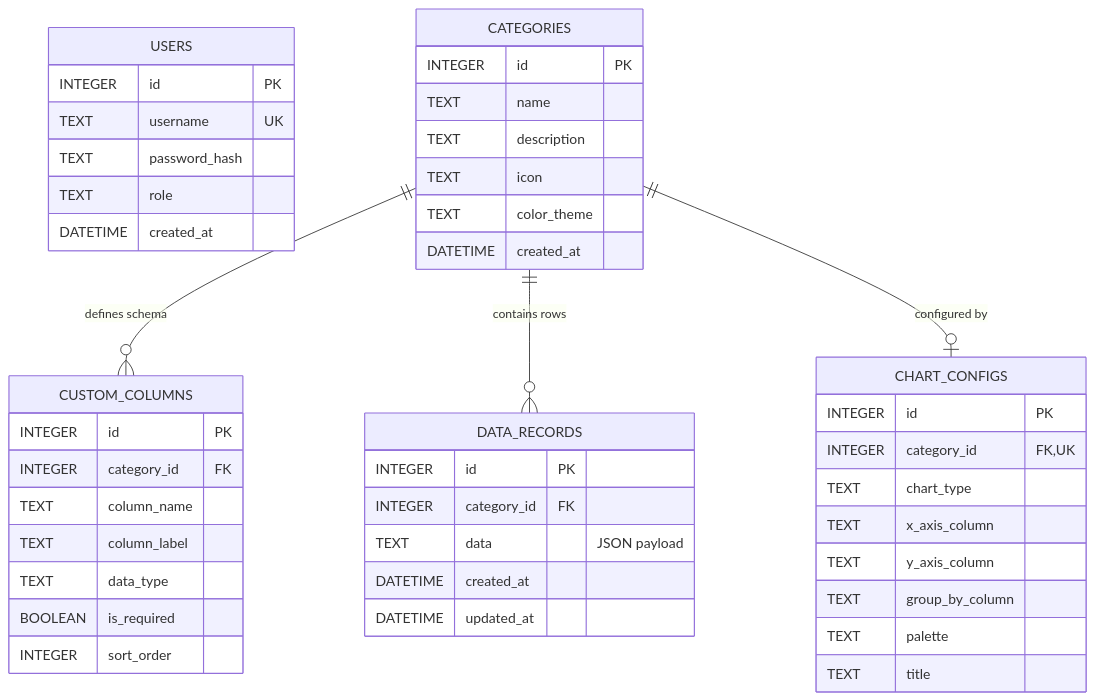
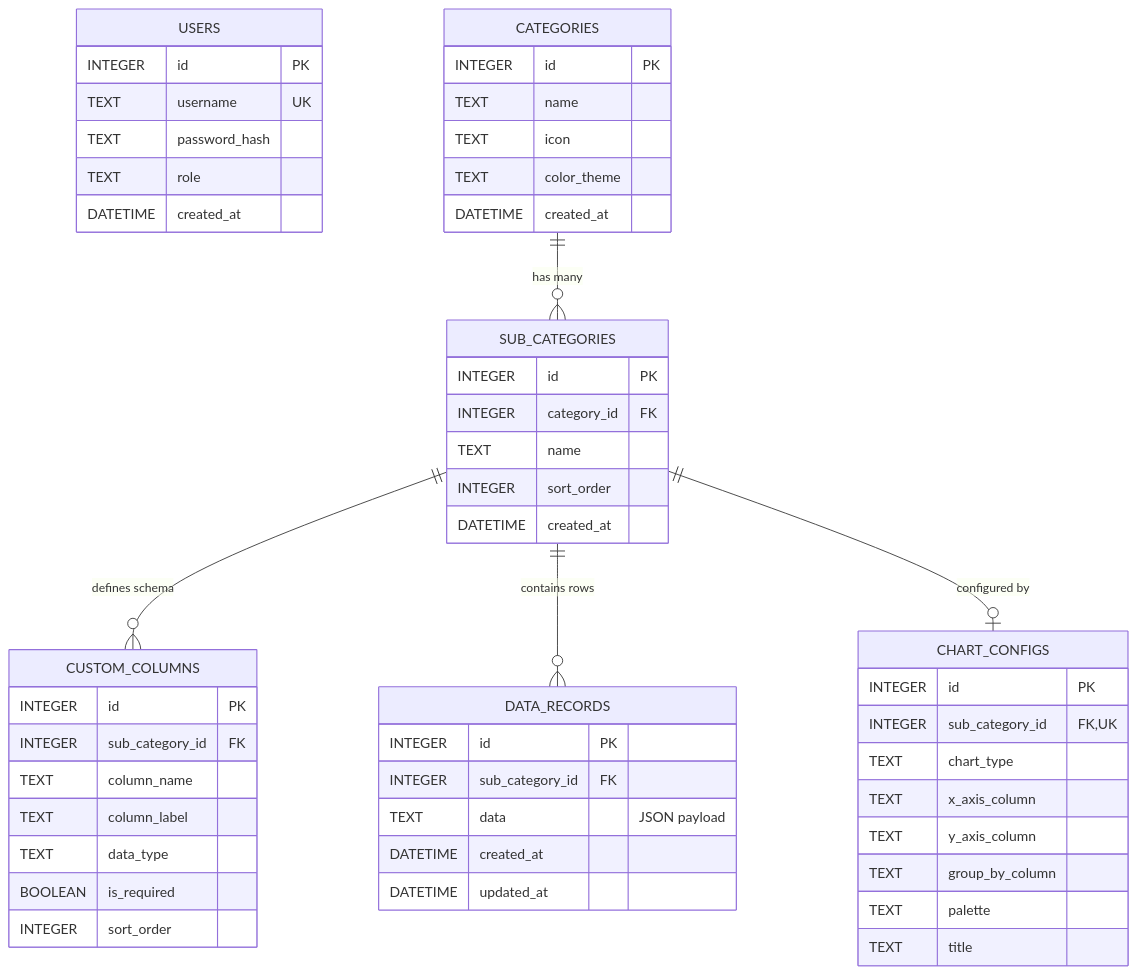
One commit to emenace/stat-pview changed the diagram in database_schema.md. Above: the diagram before and after it, drawn with Mermaid. The commit also changed other lines of this file and 25 other files, not shown here.

Commit message:
overhaul data with category and sub-category

````diff
--- a/database_schema.md
+++ b/database_schema.md
@@ -11,52 +11,60 @@
 ```mermaid
 erDiagram
     USERS {
         INTEGER id PK
         TEXT username UK
         TEXT password_hash
         TEXT role
         DATETIME created_at
     }
 
     CATEGORIES {
         INTEGER id PK
         TEXT name
-        TEXT description
         TEXT icon
         TEXT color_theme
         DATETIME created_at
     }
 
+    SUB_CATEGORIES {
+        INTEGER id PK
+        INTEGER category_id FK
+        TEXT name
+        INTEGER sort_order
+        DATETIME created_at
+    }
+
     CUSTOM_COLUMNS {
         INTEGER id PK
-        INTEGER category_id FK
+        INTEGER sub_category_id FK
         TEXT column_name
         TEXT column_label
         TEXT data_type
         BOOLEAN is_required
         INTEGER sort_order
     }
 
     DATA_RECORDS {
         INTEGER id PK
-        INTEGER category_id FK
+        INTEGER sub_category_id FK
         TEXT data "JSON payload"
         DATETIME created_at
         DATETIME updated_at
     }
 
     CHART_CONFIGS {
         INTEGER id PK
-        INTEGER category_id FK, UK
+        INTEGER sub_category_id FK, UK
         TEXT chart_type
         TEXT x_axis_column
         TEXT y_axis_column
         TEXT group_by_column
         TEXT palette
         TEXT title
     }
 
-    CATEGORIES ||--o{ CUSTOM_COLUMNS : "defines schema"
-    CATEGORIES ||--o{ DATA_RECORDS : "contains rows"
-    CATEGORIES ||--o| CHART_CONFIGS : "configured by"
+    CATEGORIES ||--o{ SUB_CATEGORIES : "has many"
+    SUB_CATEGORIES ||--o{ CUSTOM_COLUMNS : "defines schema"
+    SUB_CATEGORIES ||--o{ DATA_RECORDS : "contains rows"
+    SUB_CATEGORIES ||--o| CHART_CONFIGS : "configured by"
 ```
````
